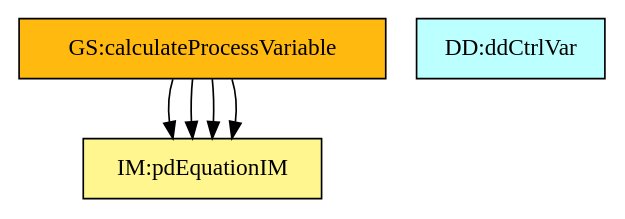
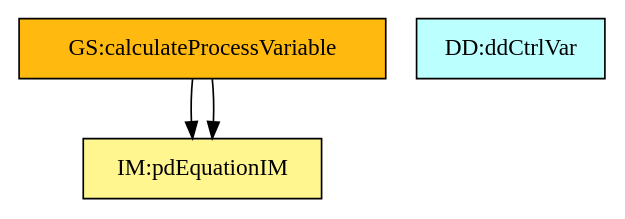
One commit to JacquesCarette/Drasil changed the diagram in code/stable/pdcontroller/TraceyGraph/allvsr.dot. Above: the diagram before and after it, drawn with Graphviz. The commit also changed 49 other files, not shown here.

```diff
--- a/code/stable/pdcontroller/TraceyGraph/allvsr.dot
+++ b/code/stable/pdcontroller/TraceyGraph/allvsr.dot
@@ -1,82 +1,77 @@
 digraph allvsr {
-	instance:calculateValues -> theory:imPDRC;
-	instance:outputValues -> theory:imPDRC;
 	instance:calculateValues -> theory:imPDRC;
 	instance:outputValues -> theory:imPDRC;
 
 
 	instance:pwrPlant	[shape=box, color=black, style=filled, fillcolor=mistyrose, label="A:pwrPlant"];
 	instance:decoupled	[shape=box, color=black, style=filled, fillcolor=mistyrose, label="A:decoupled"];
 	instance:setPointConstant	[shape=box, color=black, style=filled, fillcolor=mistyrose, label="A:setPointConstant"];
 	instance:externalDisturb	[shape=box, color=black, style=filled, fillcolor=mistyrose, label="A:externalDisturb"];
 	instance:initialValue	[shape=box, color=black, style=filled, fillcolor=mistyrose, label="A:initialValue"];
 	instance:parallelEq	[shape=box, color=black, style=filled, fillcolor=mistyrose, label="A:parallelEq"];
 	instance:unfilteredDerivative	[shape=box, color=black, style=filled, fillcolor=mistyrose, label="A:unfilteredDerivative"];
 	instance:pwrPlantTxFnx	[shape=box, color=black, style=filled, fillcolor=mistyrose, label="A:pwrPlantTxFnx"];
 	instance:massSpring	[shape=box, color=black, style=filled, fillcolor=mistyrose, label="A:massSpring"];
 	instance:dampingCoeffSpring	[shape=box, color=black, style=filled, fillcolor=mistyrose, label="A:dampingCoeffSpring"];
 	instance:stiffnessCoeffSpring	[shape=box, color=black, style=filled, fillcolor=mistyrose, label="A:stiffnessCoeffSpring"];
 
 	subgraph A {
 	rank="same"
 	{instance:pwrPlant, instance:decoupled, instance:setPointConstant, instance:externalDisturb, instance:initialValue, instance:parallelEq, instance:unfilteredDerivative, instance:pwrPlantTxFnx, instance:massSpring, instance:dampingCoeffSpring, instance:stiffnessCoeffSpring}
 	}
 
 	dataDefn:dqdProcessErrorFD	[shape=box, color=black, style=filled, fillcolor=paleturquoise1, label="DD:ddProcessError"];
 	dataDefn:dqdPropControlFD	[shape=box, color=black, style=filled, fillcolor=paleturquoise1, label="DD:ddPropCtrl"];
 	dataDefn:dqdDerivativeControlFD	[shape=box, color=black, style=filled, fillcolor=paleturquoise1, label="DD:ddDerivCtrl"];
 	dataDefn:dqdCtrlVarFD	[shape=box, color=black, style=filled, fillcolor=paleturquoise1, label="DD:ddCtrlVar"];
 
 	subgraph DD {
 	rank="same"
 	{dataDefn:dqdProcessErrorFD, dataDefn:dqdPropControlFD, dataDefn:dqdDerivativeControlFD, dataDefn:dqdCtrlVarFD}
 	}
 
 	theory:laplaceRC	[shape=box, color=black, style=filled, fillcolor=pink, label="TM:laplaceTransform"];
 	theory:invLaplaceRC	[shape=box, color=black, style=filled, fillcolor=pink, label="TM:invLaplaceTransform"];
 	theory:tmSOSystemRC	[shape=box, color=black, style=filled, fillcolor=pink, label="TM:tmSOSystem"];
 
 	subgraph TM {
 	rank="same"
 	{theory:laplaceRC, theory:invLaplaceRC, theory:tmSOSystemRC}
 	}
 
 	theory:gdPowerPlantRC	[shape=box, color=black, style=filled, fillcolor=palegreen, label="GD:gdPowerPlant"];
 
 	subgraph GD {
 	rank="same"
 	{theory:gdPowerPlantRC}
 	}
 
 	theory:imPDRC	[shape=box, color=black, style=filled, fillcolor=khaki1, label="IM:pdEquationIM"];
 
 	subgraph IM {
 	rank="same"
 	{theory:imPDRC}
 	}
 
-	instance:verifyInputs	[shape=box, color=black, style=filled, fillcolor=ivory, label="FR:verifyInputs"];
-	instance:calculateValues	[shape=box, color=black, style=filled, fillcolor=ivory, label="FR:calculateValues"];
-	instance:outputValues	[shape=box, color=black, style=filled, fillcolor=ivory, label="FR:outputValues"];
 	instance:portable	[shape=box, color=black, style=filled, fillcolor=ivory, label="NFR:portable"];
 	instance:security	[shape=box, color=black, style=filled, fillcolor=ivory, label="NFR:security"];
 	instance:maintainability	[shape=box, color=black, style=filled, fillcolor=ivory, label="NFR:maintainability"];
 	instance:verifiability	[shape=box, color=black, style=filled, fillcolor=ivory, label="NFR:verifiability"];
 	instance:inputValues	[shape=box, color=black, style=filled, fillcolor=ivory, label="FR:inputValues"];
 	instance:verifyInputs	[shape=box, color=black, style=filled, fillcolor=ivory, label="FR:verifyInputs"];
 	instance:calculateValues	[shape=box, color=black, style=filled, fillcolor=ivory, label="FR:calculateValues"];
 	instance:outputValues	[shape=box, color=black, style=filled, fillcolor=ivory, label="FR:outputValues"];
 
-	subgraph FR {
+	subgraph NFR {
 	rank="same"
-	{instance:verifyInputs, instance:calculateValues, instance:outputValues, instance:portable, instance:security, instance:maintainability, instance:verifiability, instance:inputValues, instance:verifyInputs, instance:calculateValues, instance:outputValues}
+	{instance:portable, instance:security, instance:maintainability, instance:verifiability, instance:inputValues, instance:verifyInputs, instance:calculateValues, instance:outputValues}
 	}
 
 	instance:calculateProcessVariable	[shape=box, color=black, style=filled, fillcolor=darkgoldenrod1, label="GS:calculateProcessVariable"];
 
 	subgraph GS {
 	rank="same"
 	{instance:calculateProcessVariable}
 	}
 
 }
```
